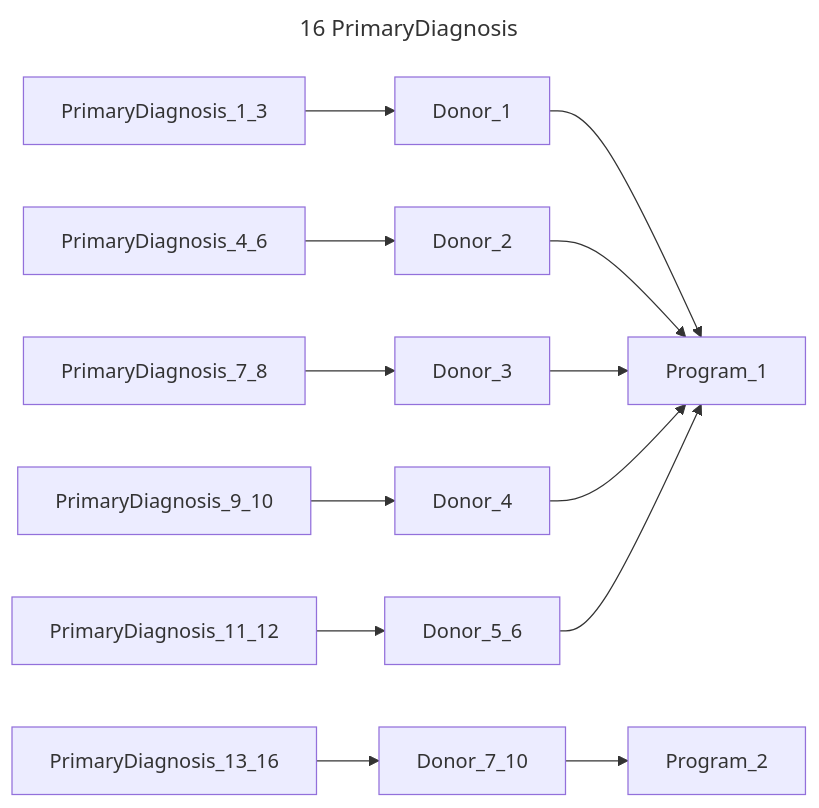
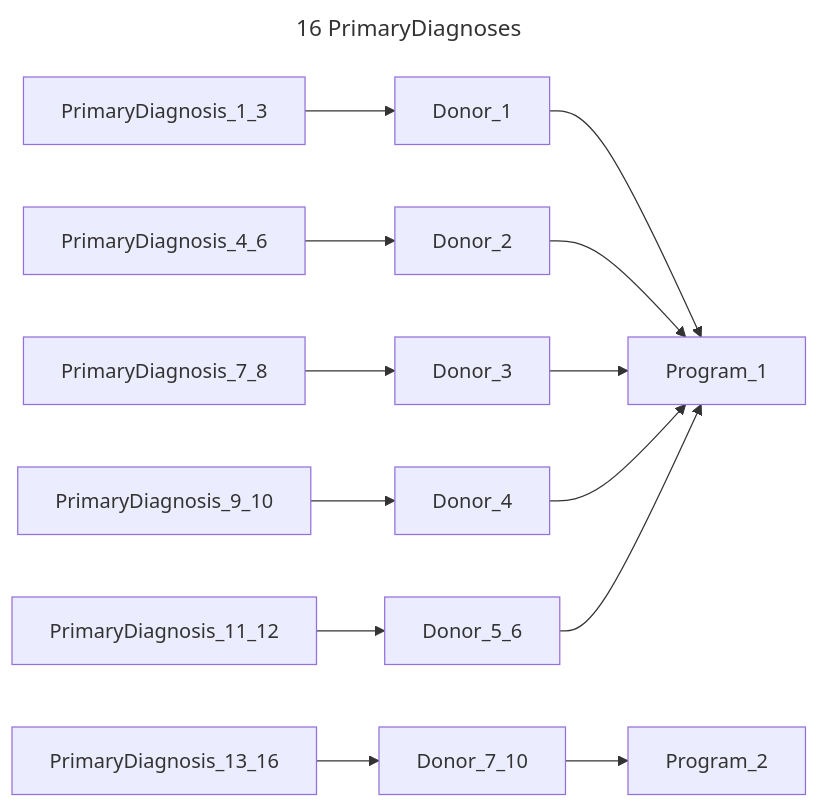
One commit to bento-platform/katsu changed the second of 13 diagrams in chord_metadata_service/mohpackets/data/small_dataset/README.md. Above: the diagram before and after it, drawn with Mermaid. The commit also changed other lines of this file, not shown here.

````diff
--- a/chord_metadata_service/mohpackets/data/small_dataset/README.md
+++ b/chord_metadata_service/mohpackets/data/small_dataset/README.md
@@ -119,12 +16,12 @@
 ```mermaid
 ---
-title: 16 PrimaryDiagnosis
+title: 16 PrimaryDiagnoses
 ---
 graph LR;  
   PrimaryDiagnosis_1_3 --> Donor_1 --> Program_1;  
   PrimaryDiagnosis_4_6 --> Donor_2 --> Program_1;  
   PrimaryDiagnosis_7_8 --> Donor_3 --> Program_1;  
   PrimaryDiagnosis_9_10 --> Donor_4 --> Program_1;
   PrimaryDiagnosis_11_12 --> Donor_5_6 --> Program_1;
   PrimaryDiagnosis_13_16 --> Donor_7_10 --> Program_2;
 ```
````
